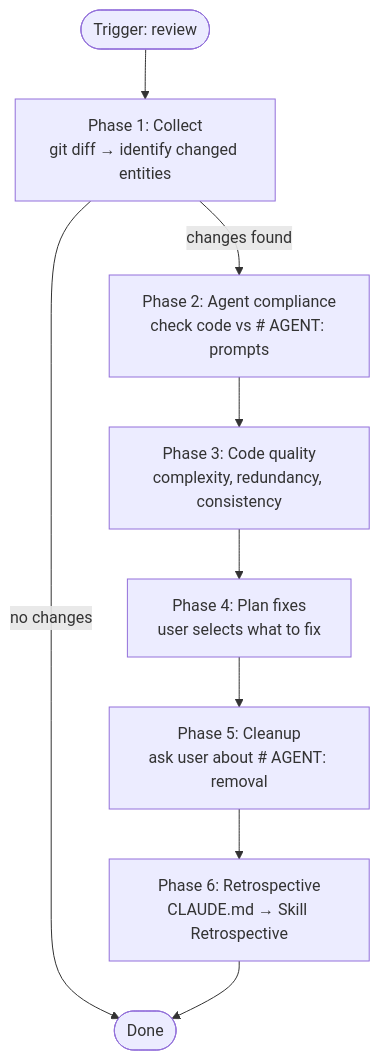
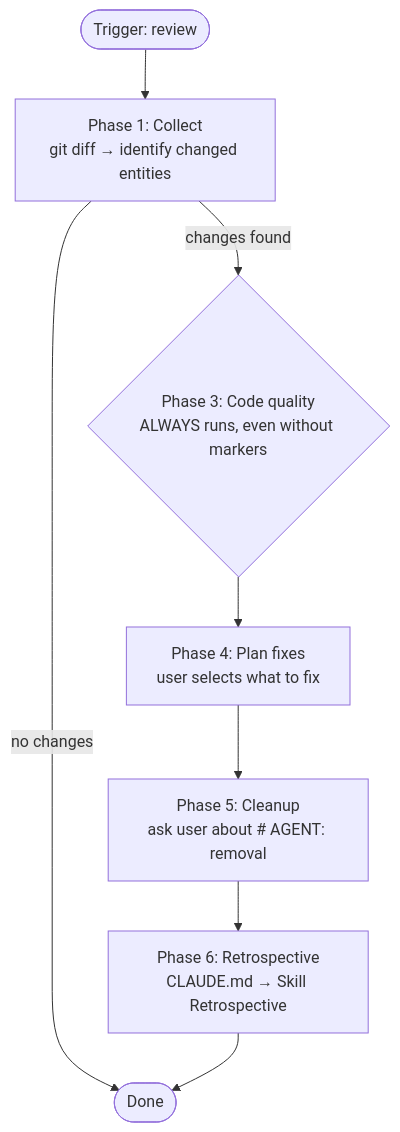
Before and after one commit to qarium/ai-python: the diagram in skills/employees-developer-review/SKILL.md, drawn with Mermaid. The commit also changed other lines of this file and 1 other file, not shown here.

````diff
--- a/skills/employees-developer-review/SKILL.md
+++ b/skills/employees-developer-review/SKILL.md
@@ -36,11 +31,11 @@
 ```mermaid
 flowchart TD
     start([Trigger: review]) --> collect
-    collect[Phase 1: Collect<br/>git diff → identify changed entities] -->|changes found| compliance
+    collect[Phase 1: Collect<br/>git diff → identify changed entities] -->|changes found| both
     collect -->|no changes| done([Done])
-    compliance[Phase 2: Agent compliance<br/>check code vs # AGENT: prompts] --> quality
-    quality[Phase 3: Code quality<br/>complexity, redundancy, consistency] --> fix
+    both{Phase 2: Agent compliance<br/>check code vs # AGENT:}
+    both{Phase 3: Code quality<br/>ALWAYS runs, even without markers} --> fix
     fix[Phase 4: Plan fixes<br/>user selects what to fix] --> cleanup
     cleanup[Phase 5: Cleanup<br/>ask user about # AGENT: removal] --> retro
     retro[Phase 6: Retrospective<br/>CLAUDE.md → Skill Retrospective] --> done
 ```
````
